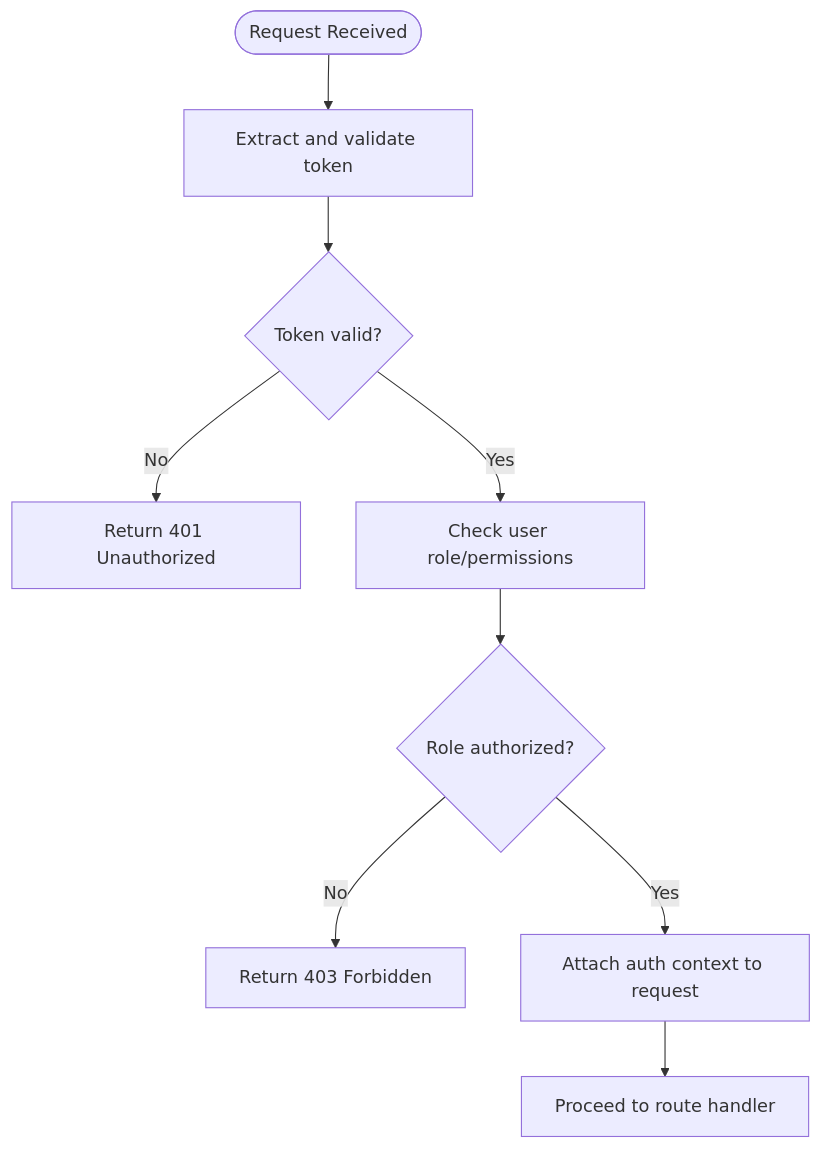
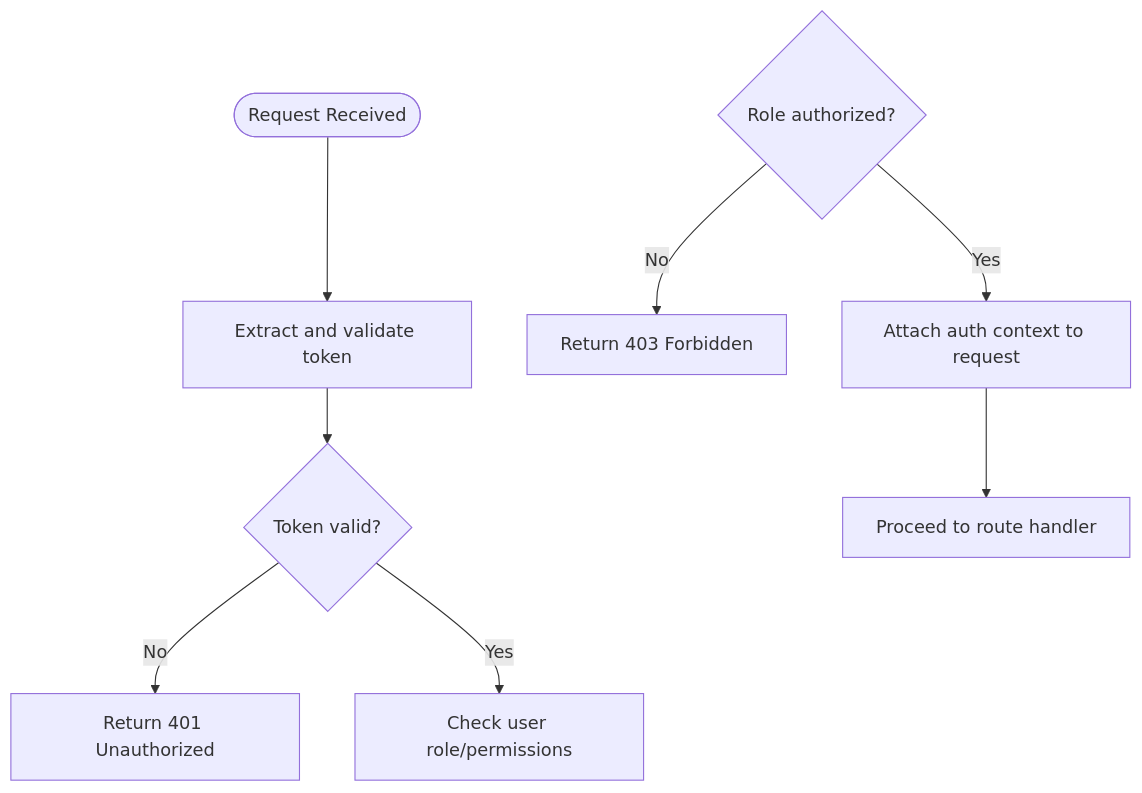
Before and after one commit to hieudepoet/Insurix: the third of 7 diagrams in .qoder/repowiki/en/content/Backend Services/API Endpoints/API Endpoints.md, drawn with Mermaid. The commit also changed other lines of this file and 63 other files, not shown here.

````diff
--- a/.qoder/repowiki/en/content/Backend Services/API Endpoints/API Endpoints.md
+++ b/.qoder/repowiki/en/content/Backend Services/API Endpoints/API Endpoints.md
@@ -192,11 +190,11 @@
 ```mermaid
 flowchart TD
 Start(["Request Received"]) --> CheckToken["Extract and validate token"]
 CheckToken --> TokenValid{"Token valid?"}
 TokenValid --> |No| Deny["Return 401 Unauthorized"]
 TokenValid --> |Yes| CheckRole["Check user role/permissions"]
-CheckRole --> RoleValid{"Role authorized?"}
+RoleValid{"Role authorized?"}
 RoleValid --> |No| Forbidden["Return 403 Forbidden"]
 RoleValid --> |Yes| AttachCtx["Attach auth context to request"]
 AttachCtx --> Next["Proceed to route handler"]
 ```
````
